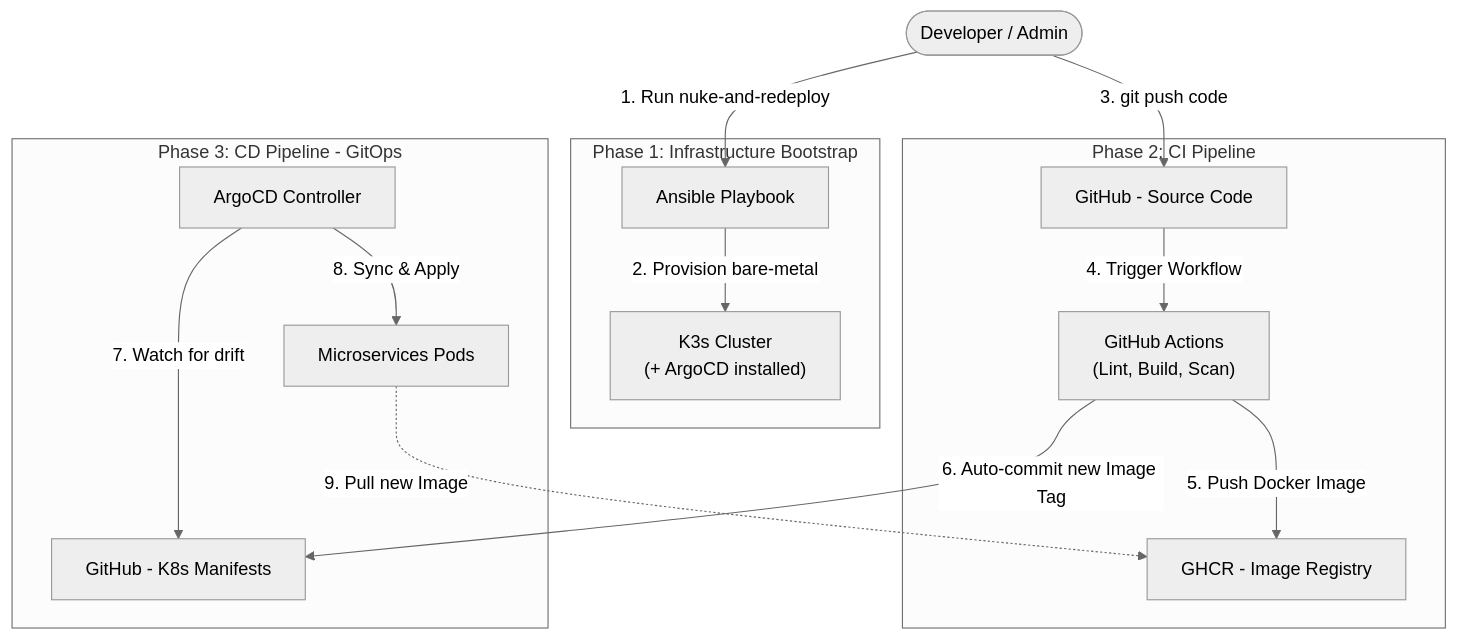
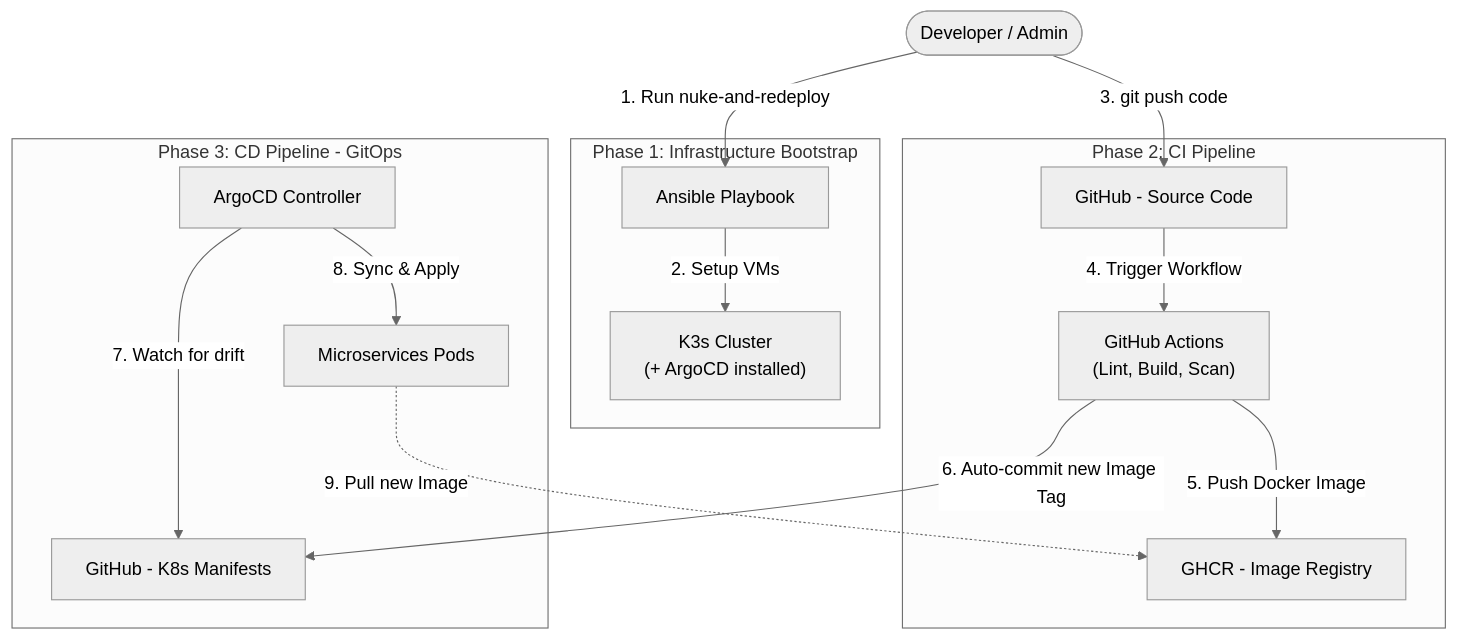
One commit to hmdat-1706/proactive-scaling-microservices changed the third of 3 diagrams in README.md. Above: the diagram before and after it, drawn with Mermaid (neutral theme). The commit also changed other lines of this file, not shown here.

````diff
--- a/README.md
+++ b/README.md
@@ -218,34 +218,34 @@
 ```mermaid
 graph TD
     Dev(["Developer / Admin"])
 
     subgraph INFRA ["Phase 1: Infrastructure Bootstrap"]
         Ansible["Ansible Playbook"]
         K3s["K3s Cluster\n(+ ArgoCD installed)"]
     end
 
     subgraph CI ["Phase 2: CI Pipeline"]
         Code["GitHub - Source Code"]
         GHA["GitHub Actions\n(Lint, Build, Scan)"]
         GHCR["GHCR - Image Registry"]
     end
 
     subgraph CD ["Phase 3: CD Pipeline - GitOps"]
         Manifests["GitHub - K8s Manifests"]
         Argo["ArgoCD Controller"]
         Pods["Microservices Pods"]
     end
 
     %% Flow connections
     Dev -->|"1. Run nuke-and-redeploy"| Ansible
-    Ansible -->|"2. Provision bare-metal"| K3s
+    Ansible -->|"2. Setup VMs"| K3s
 
     Dev -->|"3. git push code"| Code
     Code -->|"4. Trigger Workflow"| GHA
     GHA -->|"5. Push Docker Image"| GHCR
     GHA -->|"6. Auto-commit new Image Tag"| Manifests
 
     Argo -->|"7. Watch for drift"| Manifests
     Argo -->|"8. Sync & Apply"| Pods
     Pods -.->|"9. Pull new Image"| GHCR
 ```
````
